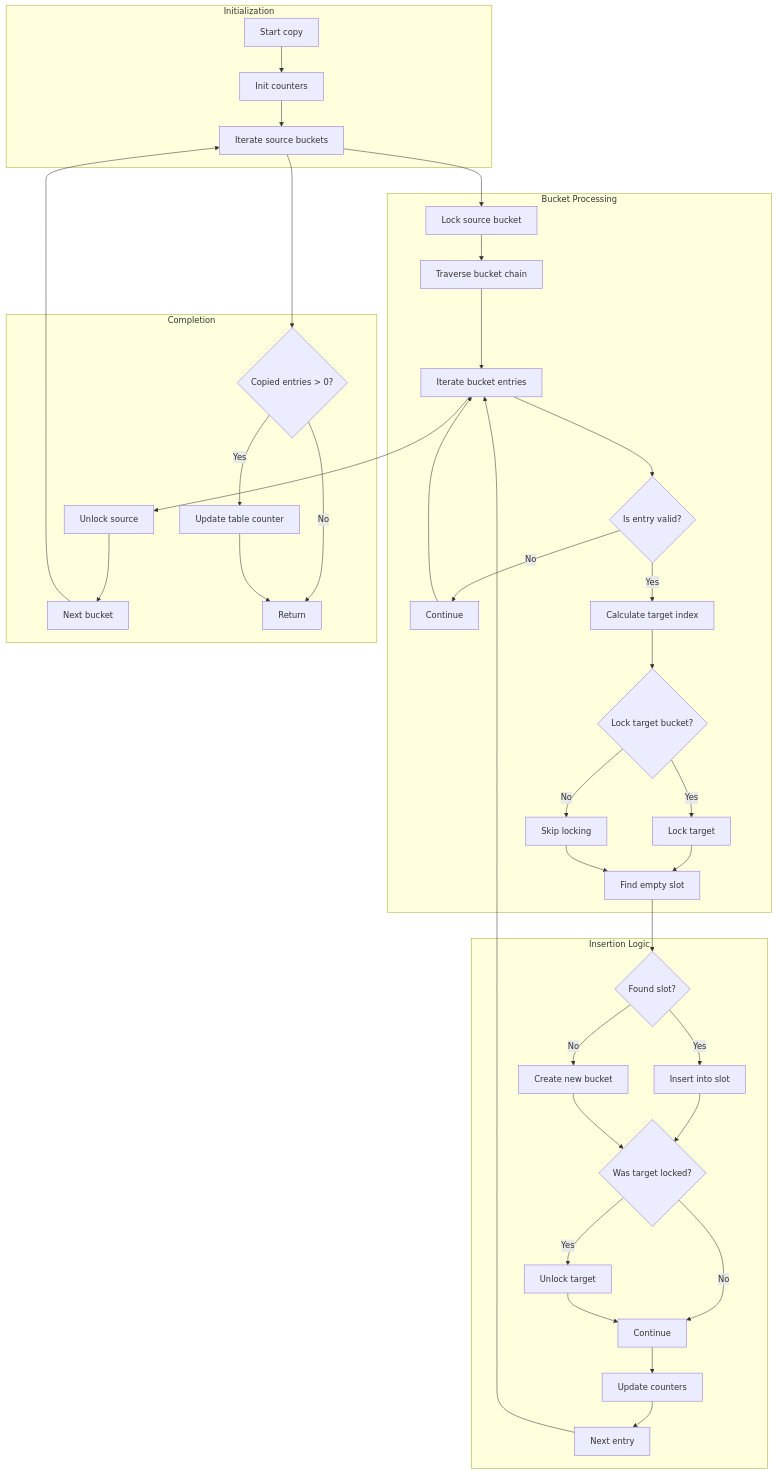
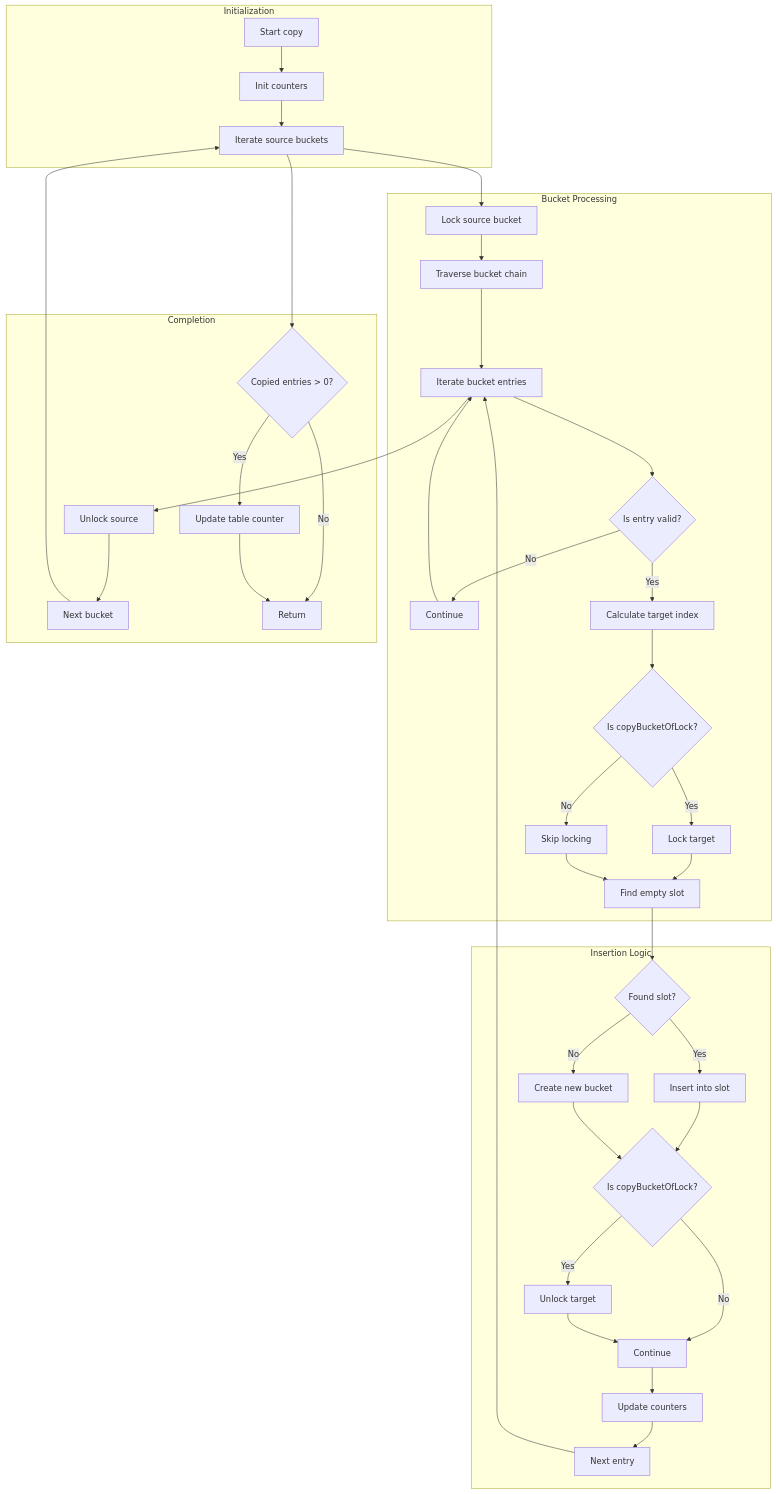
The eighth of 8 diagrams in mapof_flow.md (llxisdsh/pb), drawn with Mermaid before and after one commit. The commit also changed other lines of this file, not shown here.

````diff
--- a/mapof_flow.md
+++ b/mapof_flow.md
@@ -274,46 +273,46 @@
 ```mermaid
 flowchart TD
 	subgraph Initialization
 		A[Start copy] --> B[Init counters]
 		B --> C[Iterate source buckets]
 	end
 
 	subgraph Bucket Processing
 		C --> D[Lock source bucket]
 		D --> E[Traverse bucket chain]
 		E --> F[Iterate bucket entries]
 		F --> G{Is entry valid?}
 		G -->|No| H[Continue]
 		G -->|Yes| I[Calculate target index]
-		I --> J{Lock target bucket?}
+		I --> J{Is copyBucketOfLock?}
 		J -->|Yes| K[Lock target]
 		J -->|No| L[Skip locking]
 		K --> M[Find empty slot]
 		L --> M
 	end
 
 	subgraph Insertion Logic
 		M --> N{Found slot?}
 		N -->|Yes| O[Insert into slot]
 		N -->|No| P[Create new bucket]
-		O --> Q{Was target locked?}
+		O --> Q{Is copyBucketOfLock?}
 		P --> Q
 		Q -->|Yes| R[Unlock target]
 		Q -->|No| S[Continue]
 		R --> S
 		S --> T[Update counters]
 		T --> U[Next entry]
 	end
 
 	subgraph Completion
 		U --> F
 		H --> F
 		F --> V[Unlock source]
 		V --> W[Next bucket]
 		W --> C
 		C --> X{Copied entries > 0?}
 		X -->|Yes| Y[Update table counter]
 		X -->|No| Z[Return]
 		Y --> Z
 	end
 ```
````
